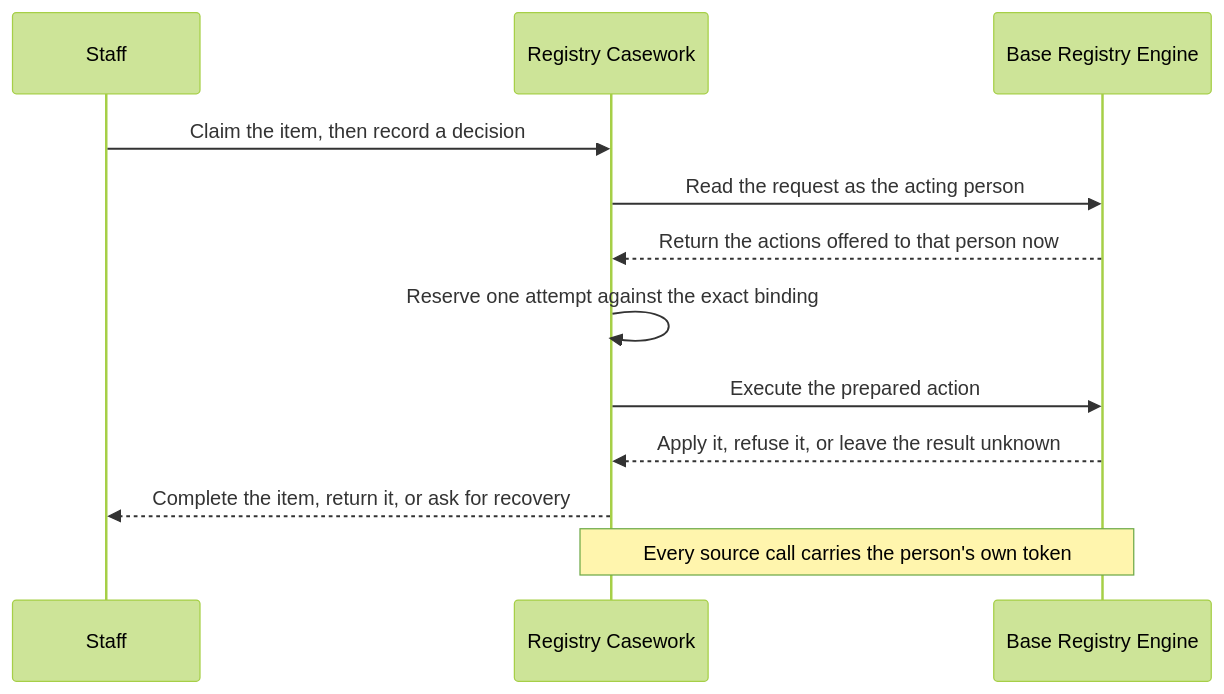
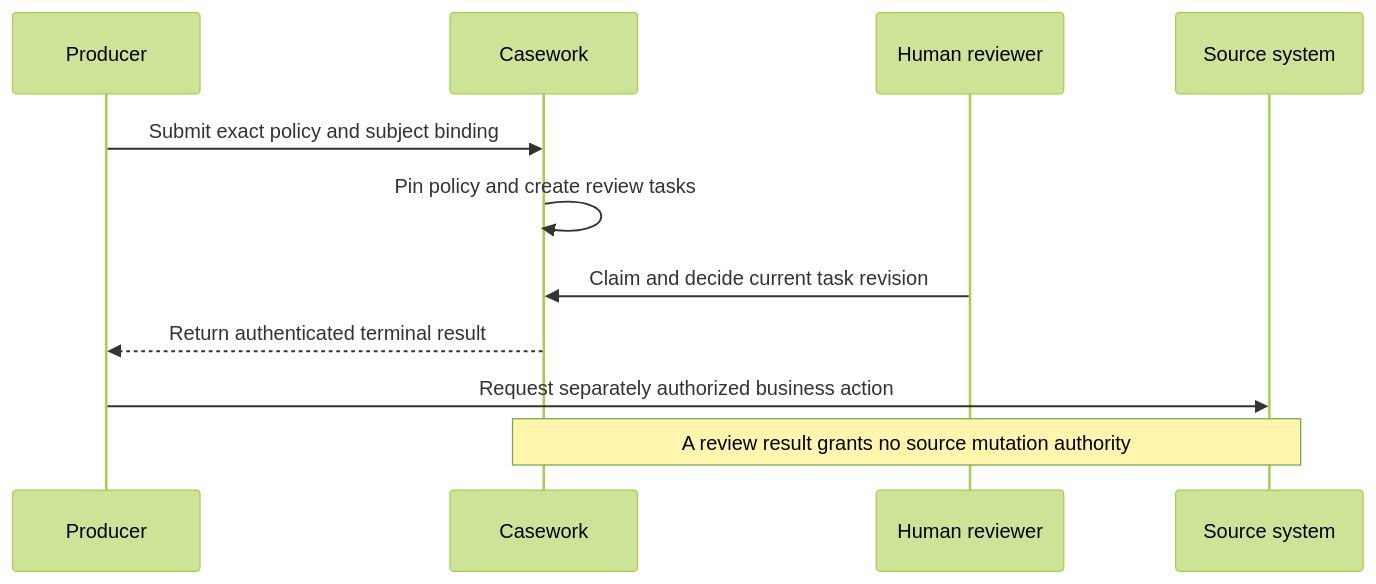
Before and after one commit to registrystack/registry-stack: the diagram in docs/site/src/content/docs/explanation/how-casework-works.mdx, drawn with Mermaid (forest theme). The commit also changed other lines of this file and 80 other files, not shown here.

````diff
--- a/docs/site/src/content/docs/explanation/how-casework-works.mdx
+++ b/docs/site/src/content/docs/explanation/how-casework-works.mdx
@@ -129,15 +39,13 @@
 ```mermaid
 sequenceDiagram
-    participant S as Staff
-    participant C as Registry Casework
-    participant R as Base Registry Engine
-
-    S->>C: Claim the item, then record a decision
-    C->>R: Read the request as the acting person
-    R-->>C: Return the actions offered to that person now
-    C->>C: Reserve one attempt against the exact binding
-    C->>R: Execute the prepared action
-    R-->>C: Apply it, refuse it, or leave the result unknown
-    C-->>S: Complete the item, return it, or ask for recovery
-    Note over C,R: Every source call carries the person's own token
+    participant P as Producer
+    participant C as Casework
+    participant H as Human reviewer
+    participant S as Source system
+    P->>C: Submit exact policy and subject binding
+    C->>C: Pin policy and create review tasks
+    H->>C: Claim and decide current task revision
+    C-->>P: Return authenticated terminal result
+    P->>S: Request separately authorized business action
+    Note over C,S: A review result grants no source mutation authority
 ```
````
